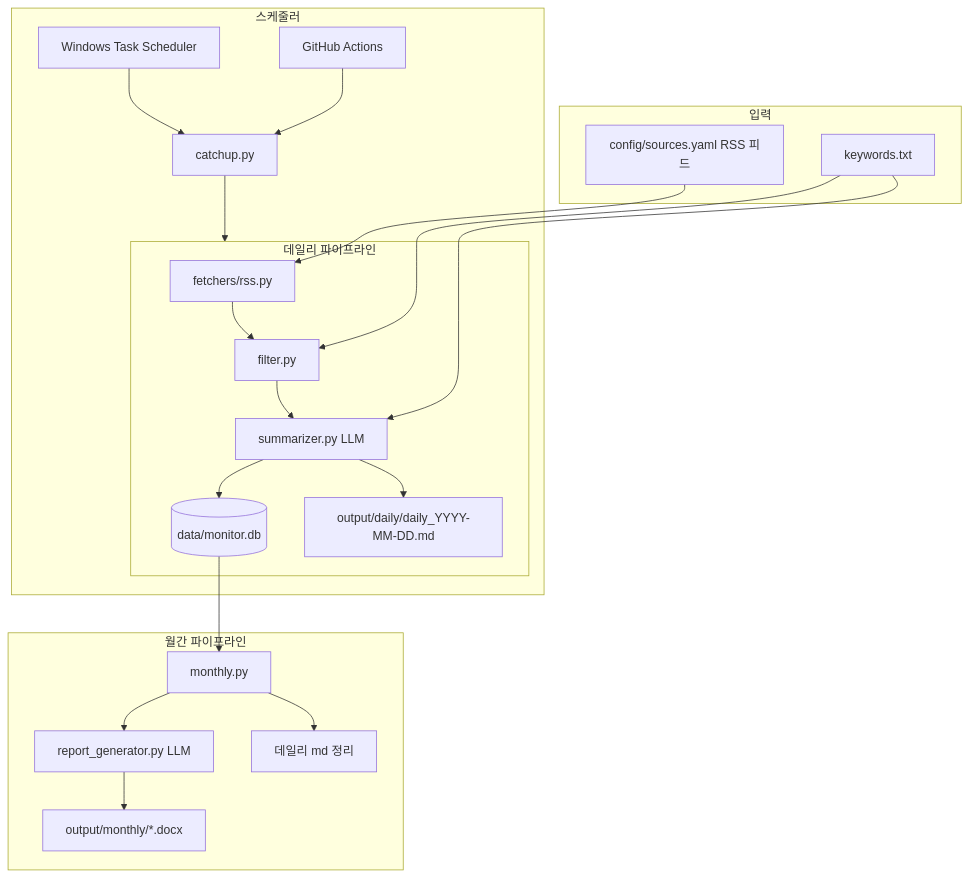
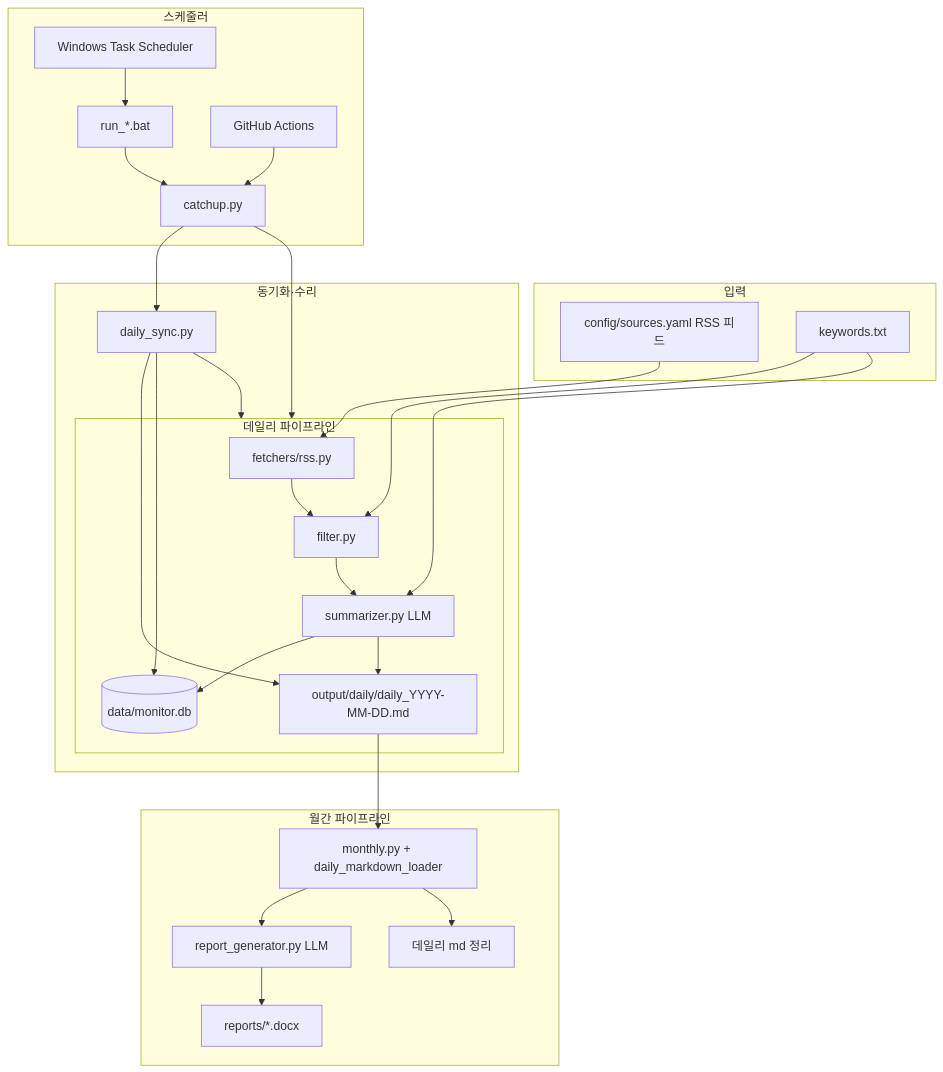
The diagram in README.md (fraunhoferrokorea/techmarketmonitor), drawn with Mermaid before and after one commit. The commit also changed other lines of this file and 59 other files, not shown here.

````diff
--- a/README.md
+++ b/README.md
@@ -43,31 +46,39 @@
 ```mermaid
 flowchart TD
     subgraph input [입력]
         RSS[config/sources.yaml RSS 피드]
         KW[keywords.txt]
     end
 
     subgraph daily [데일리 파이프라인]
         F[fetchers/rss.py] --> FL[filter.py]
         FL --> S[summarizer.py LLM]
         S --> DB[(data/monitor.db)]
         S --> MD[output/daily/daily_YYYY-MM-DD.md]
     end
 
     subgraph monthly [월간 파이프라인]
-        DB --> M[monthly.py]
+        MD --> M[monthly.py + daily_markdown_loader]
         M --> RG[report_generator.py LLM]
-        RG --> DOC[output/monthly/*.docx]
+        RG --> DOC[reports/*.docx]
         M --> DEL[데일리 md 정리]
     end
 
+    subgraph sync [동기화·수리]
+        DS[daily_sync.py] --> daily
+        DS --> MD
+        DS --> DB
+    end
+
     subgraph schedule [스케줄러]
-        C[catchup.py] --> daily
-        WIN[Windows Task Scheduler] --> C
+        C[catchup.py] --> DS
+        C --> daily
+        WIN[Windows Task Scheduler] --> BAT[run_*.bat]
+        BAT --> C
         GHA[GitHub Actions] --> C
     end
 
     RSS --> F
     KW --> FL
     KW --> S
 ```
````
